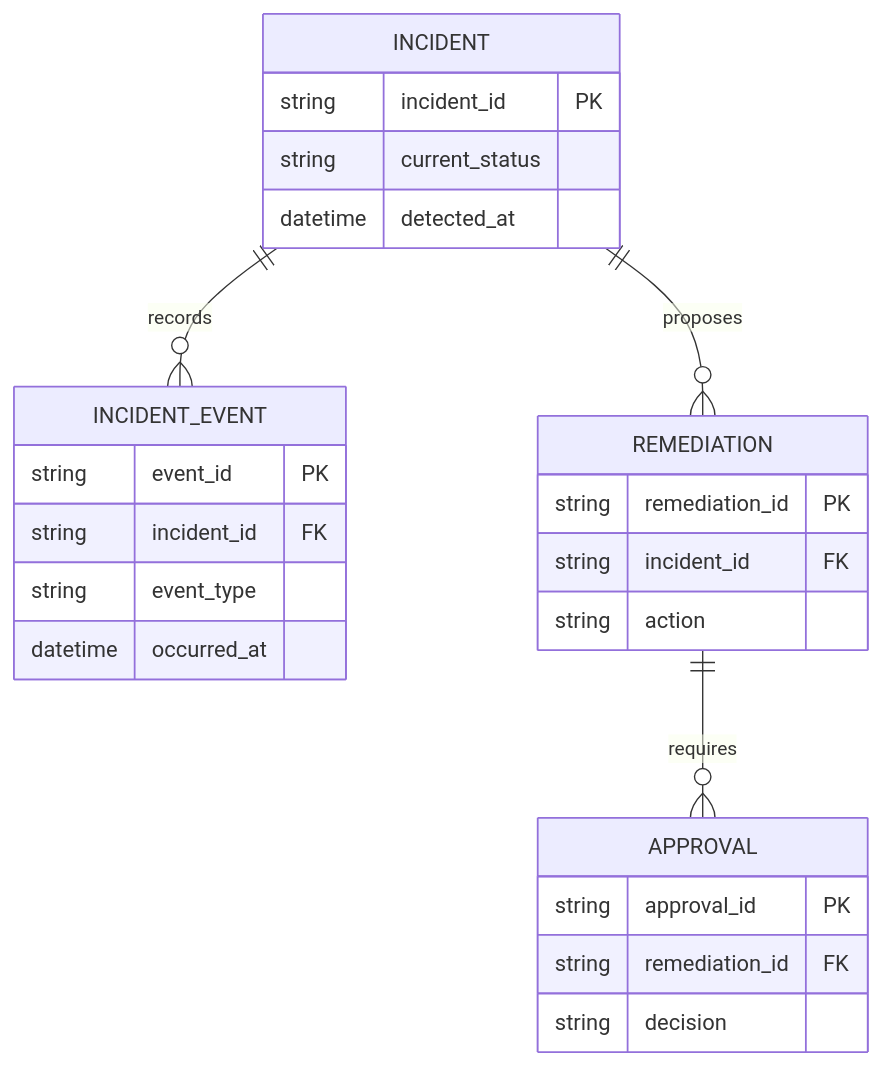
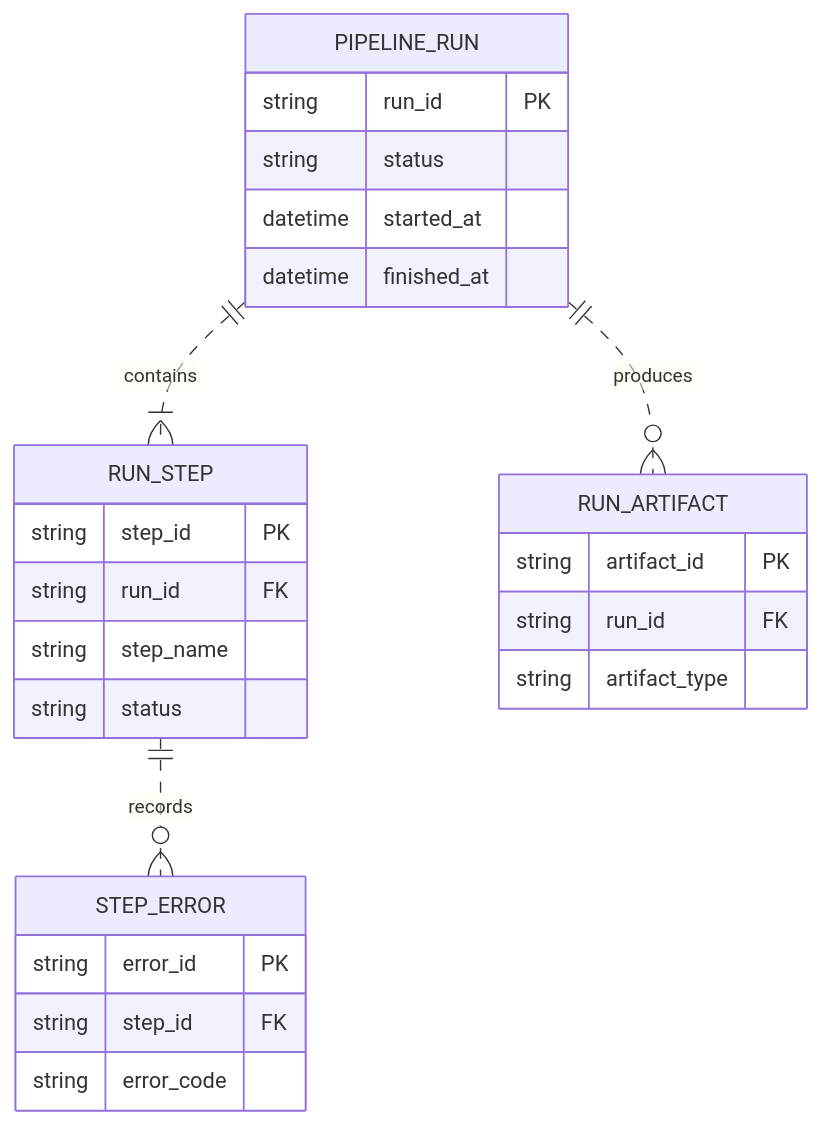
The third of 5 diagrams in src/rulesync/.rulesync/skills/mols-mermaid-diagram/references/examples/er-diagram.md (mols3131d/mols-agent-assets), drawn with Mermaid before and after one commit. The commit also changed other lines of this file and 27 other files, not shown here.

Commit message:
docs(mermaid): diagram examples 단계별 고도화

````diff
--- a/src/rulesync/.rulesync/skills/mols-mermaid-diagram/references/examples/er-diagram.md
+++ b/src/rulesync/.rulesync/skills/mols-mermaid-diagram/references/examples/er-diagram.md
@@ -28,28 +67,29 @@
 ```mermaid
 erDiagram
-    INCIDENT ||--o{ INCIDENT_EVENT : records
-    INCIDENT ||--o{ REMEDIATION : proposes
-    REMEDIATION ||--o{ APPROVAL : requires
+    PIPELINE_RUN ||..|{ RUN_STEP : contains
+    PIPELINE_RUN ||..o{ RUN_ARTIFACT : produces
+    RUN_STEP ||..o{ STEP_ERROR : records
 
-    INCIDENT {
-        string incident_id PK
-        string current_status
-        datetime detected_at
+    PIPELINE_RUN {
+        string run_id PK
+        string status
+        datetime started_at
+        datetime finished_at
     }
-    INCIDENT_EVENT {
-        string event_id PK
-        string incident_id FK
-        string event_type
-        datetime occurred_at
+    RUN_STEP {
+        string step_id PK
+        string run_id FK
+        string step_name
+        string status
     }
-    REMEDIATION {
-        string remediation_id PK
-        string incident_id FK
-        string action
+    RUN_ARTIFACT {
+        string artifact_id PK
+        string run_id FK
+        string artifact_type
     }
-    APPROVAL {
-        string approval_id PK
-        string remediation_id FK
-        string decision
+    STEP_ERROR {
+        string error_id PK
+        string step_id FK
+        string error_code
     }
 ```
````
